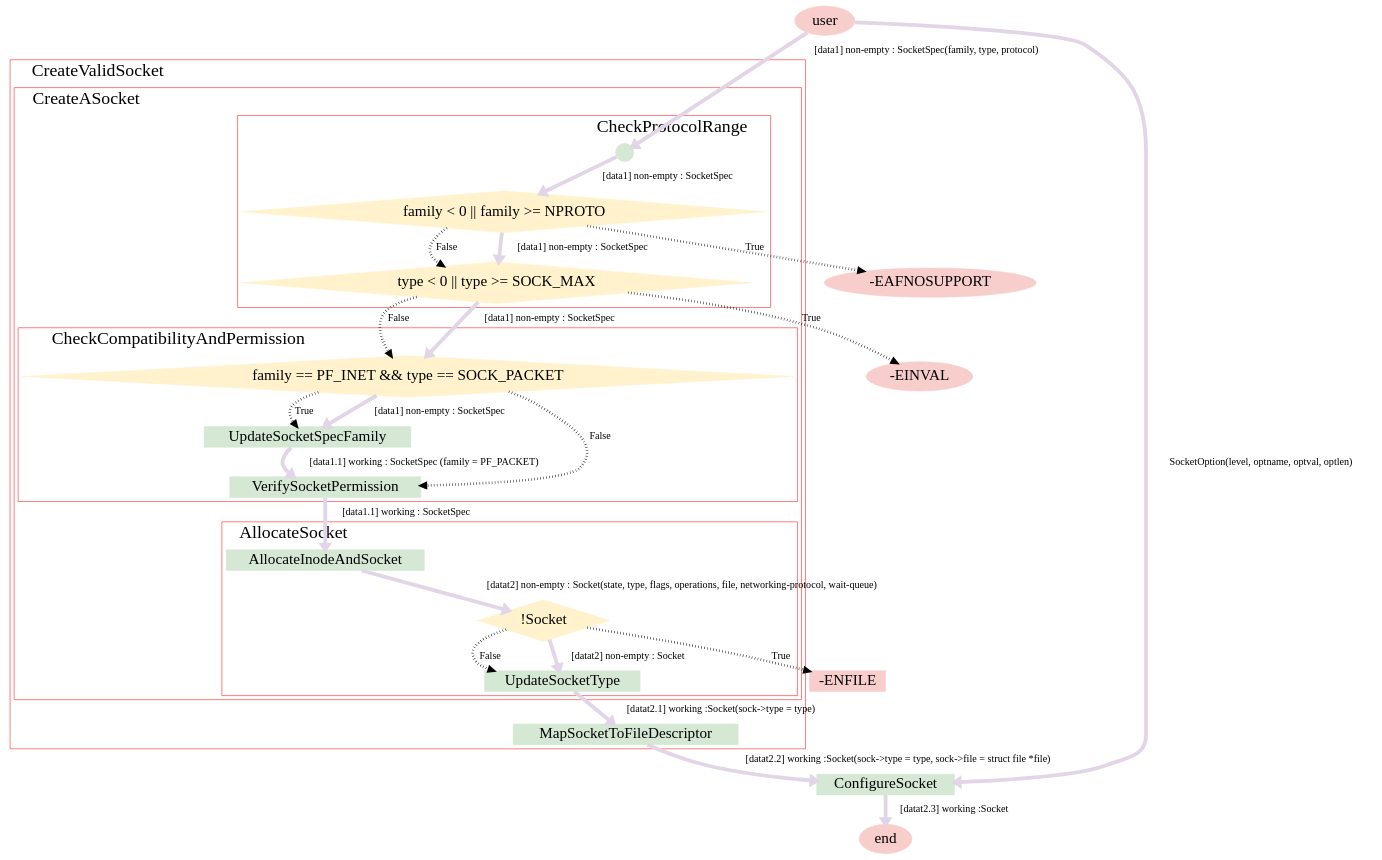
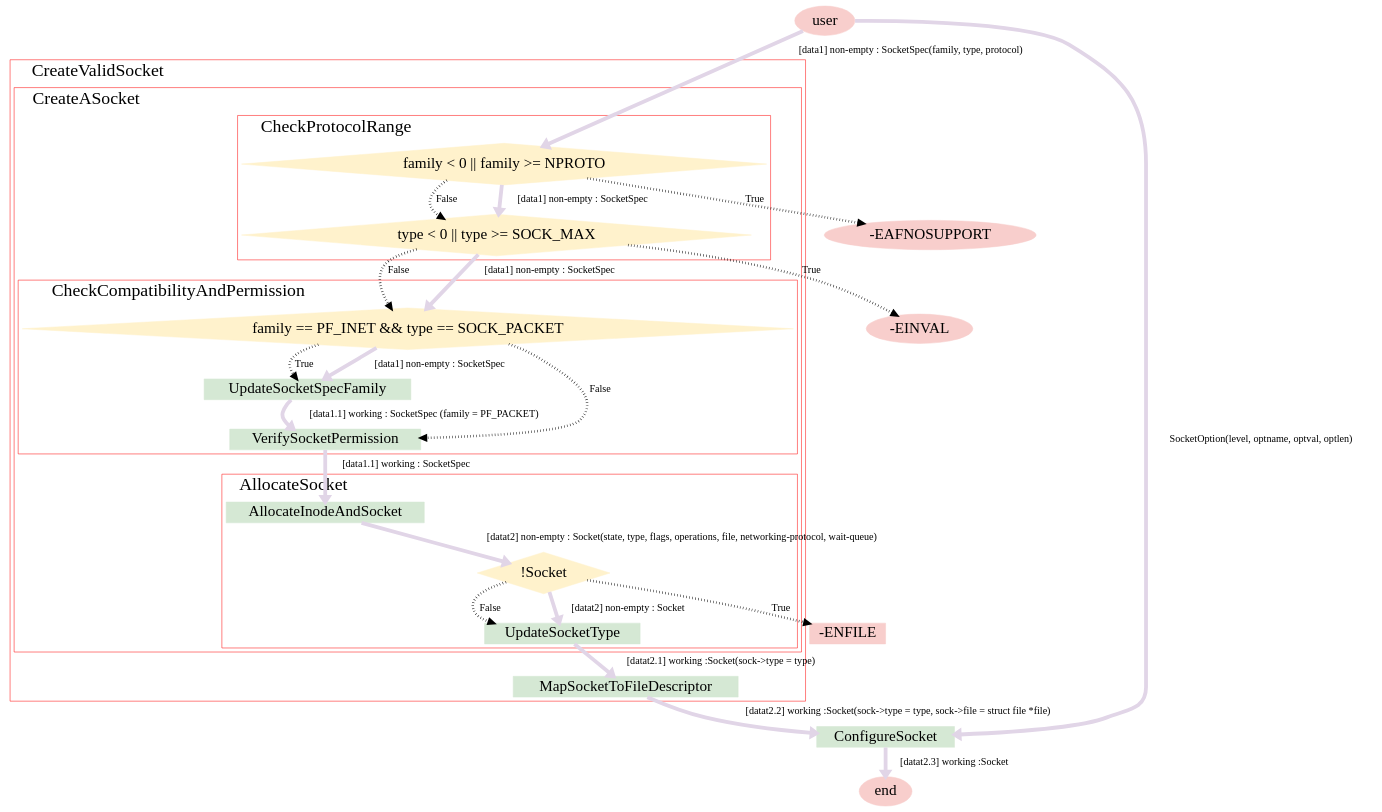
Before and after one commit to Samuel-Oglegba/Research-Examples: the diagram in Example2/example2_stateandData.dot, drawn with Graphviz.

```diff
--- a/Example2/example2_stateandData.dot
+++ b/Example2/example2_stateandData.dot
@@ -1,115 +1,117 @@
 digraph G {
    node [style=filled,  color="#D5E8D4", fontsize=30, shape=box];
    #edge [penwidth = 10, arrowsize=0.1, fontsize=20, color="#C2DFFF"];
    edge [penwidth = 7.5, fontsize=20, color="#E1D5E7"];
    compound=true;
    fontsize=35;
    labeljust=l;
    color="red";
    nodesep=2;
    rankdir="TD";
 
  #CreateSocket
   subgraph cluster_0 {
     #style=filled;
     #color=lightgrey;
     label = "CreateValidSocket";
     
-    point0 [shape="point",width=0.5];
+    #point0 [shape="point",width=0.5];
     #CreateTheSocket    
     subgraph cluster_0_1 {
          #color=blue;
          label = "CreateASocket";
         
         #CheckProtocolRange
         subgraph cluster_0_2 {
             #color=lightgrey;
             label="CheckProtocolRange";
-            labeljust=r;
+        
             
             decision0 [label="family < 0 || family >= NPROTO", shape=diamond, color="#FFF2CC"]
             decision1 [label="type < 0 || type >= SOCK_MAX", shape=diamond, color="#FFF2CC"]
             
             decision0 -> decision1 [label="False", style=dotted, penwidth = 5, color=black, arrowsize=1];
             
             
-            point0 -> decision0 [label="[data1] non-empty : SocketSpec"];
+            #point0 -> decision0 [label="[data1] non-empty : SocketSpec"];
             decision0 -> decision1 [label="[data1] non-empty : SocketSpec"];
         }
         #end CheckProtocolRange
         
         # CheckCompatibilityAndPermission
         subgraph cluster_0_3 {
           label="CheckCompatibilityAndPermission";
           
             decision2 [label="family == PF_INET && type == SOCK_PACKET", shape=diamond, color="#FFF2CC"];
             a3 [label="UpdateSocketSpecFamily"];
             a4 [label="VerifySocketPermission"];
             decision2 [label="family == PF_INET && type == SOCK_PACKET", shape=diamond, color="#FFF2CC"];
             
             
             decision2 -> a3 [label="True", style=dotted, penwidth = 5, color=black, arrowsize=1];
             decision2 -> a4 [label="False", style=dotted, penwidth = 5, color=black, arrowsize=1];
             
             decision2 -> a3 [label="[data1] non-empty : SocketSpec"];
             a3 -> a4 [label="[data1.1] working : SocketSpec (family = PF_PACKET)"];
            
         }
         # end CheckCompatibilityAndPermission
         
         decision1 -> decision2 [label="False", style=dotted, penwidth = 5, color=black, arrowsize=1];
         decision1 -> decision2 [label="[data1] non-empty : SocketSpec"];
         
         subgraph cluster_0_4 {
             label="AllocateSocket";
             a5 [label="AllocateInodeAndSocket"];
             a6 [label="UpdateSocketType"];
             
             decision3 [label="!Socket", shape=diamond, color="#FFF2CC"];
             
             a5 -> decision3  [label="[datat2] non-empty : Socket(state, type, flags, operations, file, networking-protocol, wait-queue)"];
             decision3 -> a6 [label="False", style=dotted, penwidth = 5, color=black, arrowsize=1];
             
        }
        
       #a7 [label="ConfigureSocketProtocolFamilyModule"];
  
     }#end CreateTheSocket
     
     #MapSocketToFileDescriptor
     a8 [label="MapSocketToFileDescriptor"];
     
     a4 -> a5 [label="[data1.1] working : SocketSpec"];
   
     decision3 -> a6 [label="[datat2] non-empty : Socket"];
     a6 -> a8 [label="[datat2.1] working :Socket(sock->type = type)"];
     #a7 -> a8 [label="SocketSpec"];
     
   }
  #end CreateSocket
  
   
   
 
-  user -> point0 [label="[data1] non-empty : SocketSpec(family, type, protocol)"];
+  user -> decision0 [label="[data1] non-empty : SocketSpec(family, type, protocol)"];
  
   #point0 -> a6 [label="[data1] non-empty : SocketSpec"];
 
   a8->ConfigureSocket [label="[datat2.2] working :Socket(sock->type = type, sock->file = struct file *file)"];
   user -> ConfigureSocket [label="SocketOption(level, optname, optval, optlen)"];
   ConfigureSocket -> end [label="[datat2.3] working :Socket"];
  
  
 
   user [shape ="ellipse", style= filled, color="#F8CECC"];
   end [shape ="ellipse", style= filled, color="#F8CECC"];
   exit1 [shape ="ellipse", style= filled, color="#F8CECC",label="-EAFNOSUPPORT"];
   exit2 [shape ="ellipse", style= filled, color="#F8CECC",label="-EINVAL"];
   exit3 [style= filled, color="#F8CECC",label="-ENFILE"];
   
   
   decision0 -> exit1 [label="True", style=dotted, penwidth = 5, color=black, arrowsize=1];
   decision1 -> exit2 [label="True", style=dotted, penwidth = 5, color=black, arrowsize=1];
   decision3 -> exit3 [label="True", style=dotted, penwidth = 5, color=black, arrowsize=1];
 
+  
+
 }
```
